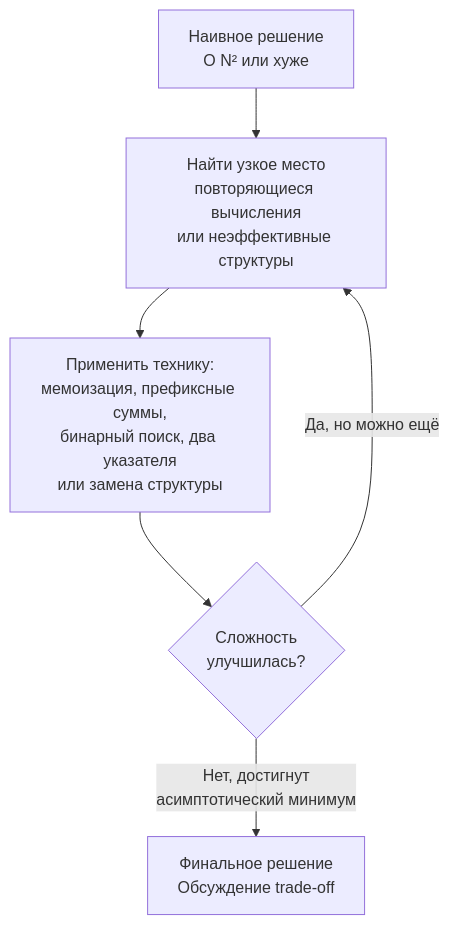
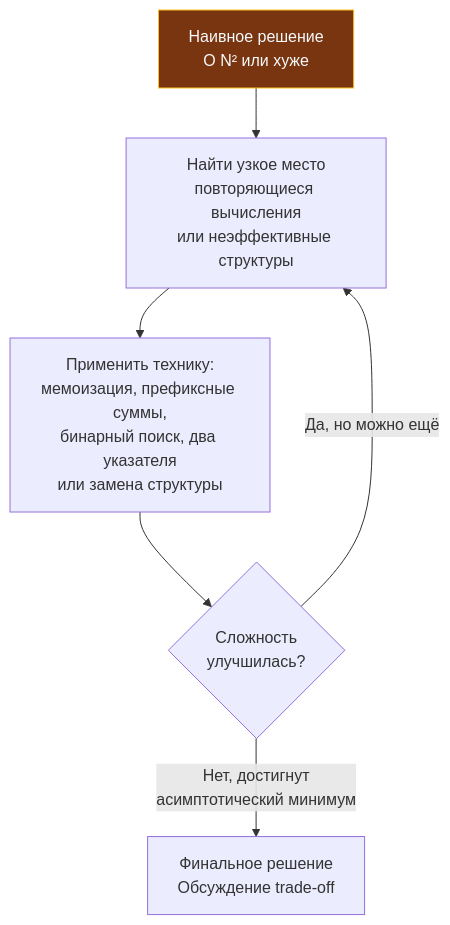
One commit to UnrealTemplier/go-textbook changed the diagram in sources/21. Задачи с LeetCode и собеседований на Go/01. Теория/16. Оптимизация решения шаг за шагом.md. Above: the diagram before and after it, drawn with Mermaid. The commit also changed 1666 other files, not shown here.

First line of the commit message:
feat(mermaid): add semantic color classDef to 1369 colorless flowchart/graph diagrams

````diff
--- a/sources/21. Задачи с LeetCode и собеседований на Go/01. Теория/16. Оптимизация решения шаг за шагом.md
+++ b/sources/21. Задачи с LeetCode и собеседований на Go/01. Теория/16. Оптимизация решения шаг за шагом.md
@@ -10,8 +10,18 @@
 ```mermaid
 flowchart TD
-    Brute["Наивное решение<br>O N² или хуже"] --> FindBL["Найти узкое место<br>повторяющиеся вычисления<br>или неэффективные структуры"]
+    classDef process  fill:#1e293b,stroke:#38bdf8,stroke-width:1px,color:#f8fafc
+    classDef success  fill:#064e3b,stroke:#34d399,stroke-width:1px,color:#f8fafc
+    classDef error    fill:#7f1d1d,stroke:#f87171,stroke-width:1px,color:#f8fafc
+    classDef warning  fill:#78350f,stroke:#fbbf24,stroke-width:1px,color:#f8fafc
+    classDef entry    fill:#1e3a5f,stroke:#38bdf8,stroke-width:2px,color:#f8fafc
+    classDef aux      fill:#334155,stroke:#64748b,stroke-width:1px,color:#f8fafc
+    classDef system   fill:#312e81,stroke:#a78bfa,stroke-width:1px,color:#f8fafc
+    classDef data     fill:#132d29,stroke:#2dd4bf,stroke-width:1px,color:#f8fafc
+    classDef network  fill:#881337,stroke:#fb7185,stroke-width:1px,color:#f8fafc
+    classDef accent   fill:#1e1b4b,stroke:#818cf8,stroke-width:1px,color:#f8fafc
+    Brute["Наивное решение<br>O N² или хуже"]:::warning --> FindBL["Найти узкое место<br>повторяющиеся вычисления<br>или неэффективные структуры"]
     FindBL --> Apply1["Применить технику:<br>мемоизация, префиксные суммы,<br>бинарный поиск, два указателя<br>или замена структуры"]
     Apply1 --> Check1{"Сложность<br>улучшилась?"}
     Check1 -->|"Да, но можно ещё"| FindBL
     Check1 -->|"Нет, достигнут<br>асимптотический минимум"| Final["Финальное решение<br>Обсуждение trade-off"]
 ```
````
